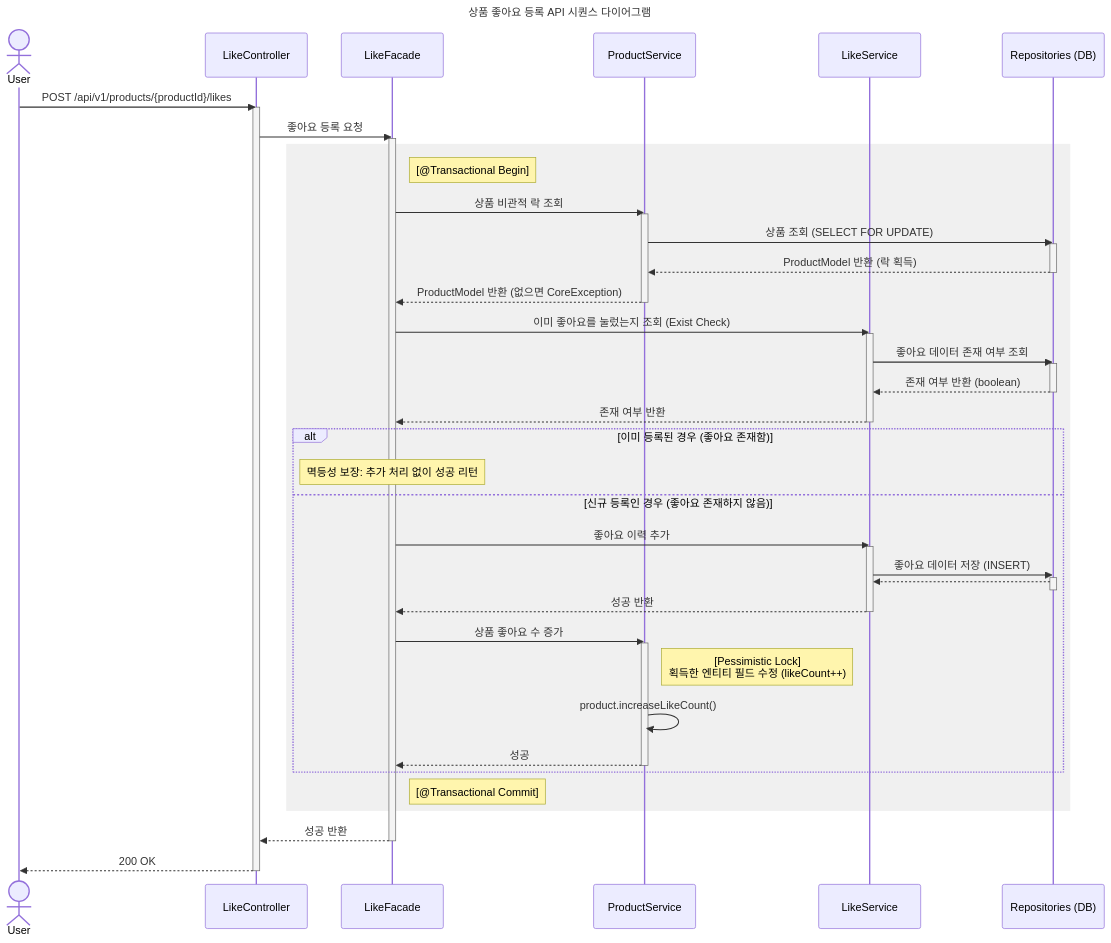
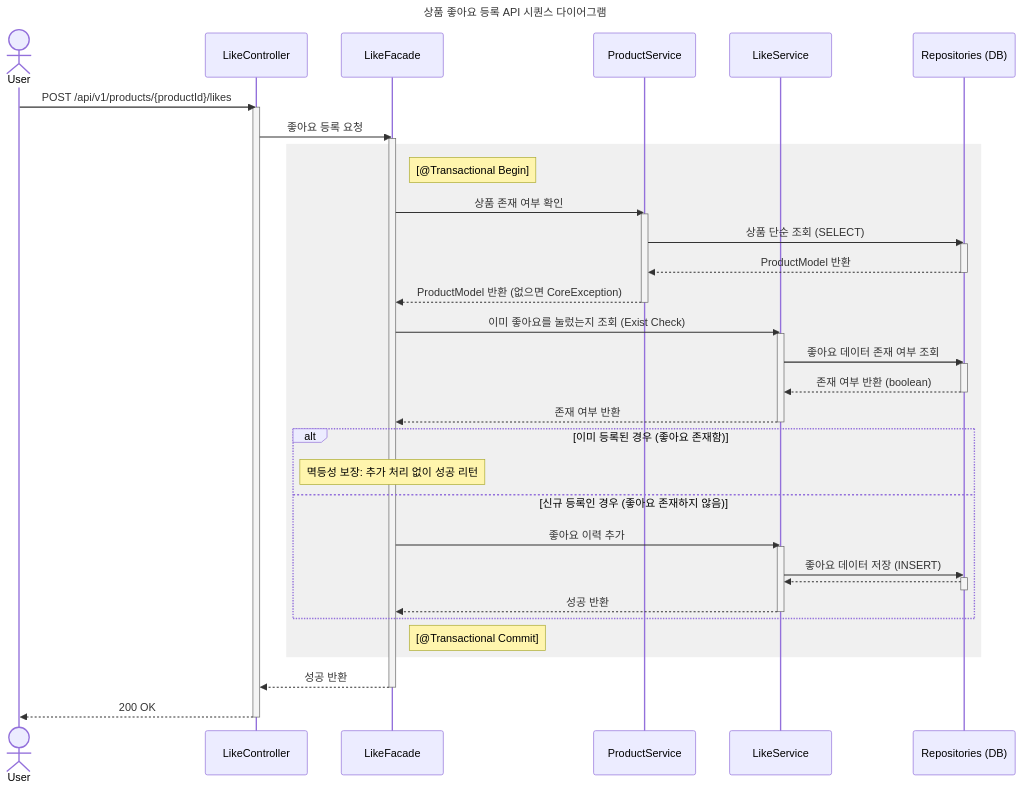
One commit to loopers-labs/loop-pack-be-l2-vol4-java changed the second of 4 diagrams in docs/week2/02-sequence-diagrams.md. Above: the diagram before and after it, drawn with Mermaid. The commit also changed other lines of this file and 3 other files, not shown here.

````diff
--- a/docs/week2/02-sequence-diagrams.md
+++ b/docs/week2/02-sequence-diagrams.md
@@ -195,66 +97,59 @@
 ```mermaid
 sequenceDiagram
     title 상품 좋아요 등록 API 시퀀스 다이어그램
     actor User
     participant Controller as LikeController
     participant Facade as LikeFacade
     participant ProductSvc as ProductService
     participant LikeSvc as LikeService
     participant Repo as Repositories (DB)
 
     User->>Controller: POST /api/v1/products/{productId}/likes
     activate Controller
 
     Controller->>Facade: 좋아요 등록 요청
     activate Facade
 
     rect rgb(240, 240, 240)
         Note right of Facade: [@Transactional Begin]
 
-        Facade->>ProductSvc: 상품 비관적 락 조회
+        Facade->>ProductSvc: 상품 존재 여부 확인
         activate ProductSvc
-        ProductSvc->>Repo: 상품 조회 (SELECT FOR UPDATE)
+        ProductSvc->>Repo: 상품 단순 조회 (SELECT)
         activate Repo
-        Repo-->>ProductSvc: ProductModel 반환 (락 획득)
+        Repo-->>ProductSvc: ProductModel 반환
         deactivate Repo
         ProductSvc-->>Facade: ProductModel 반환 (없으면 CoreException)
         deactivate ProductSvc
 
         Facade->>LikeSvc: 이미 좋아요를 눌렀는지 조회 (Exist Check)
         activate LikeSvc
         LikeSvc->>Repo: 좋아요 데이터 존재 여부 조회
         activate Repo
         Repo-->>LikeSvc: 존재 여부 반환 (boolean)
         deactivate Repo
         LikeSvc-->>Facade: 존재 여부 반환
         deactivate LikeSvc
 
         alt 이미 등록된 경우 (좋아요 존재함)
             Note over Facade: 멱등성 보장: 추가 처리 없이 성공 리턴
         else 신규 등록인 경우 (좋아요 존재하지 않음)
             Facade->>LikeSvc: 좋아요 이력 추가
             activate LikeSvc
             LikeSvc->>Repo: 좋아요 데이터 저장 (INSERT)
             activate Repo
             Repo-->>LikeSvc: 
             deactivate Repo
             LikeSvc-->>Facade: 성공 반환
             deactivate LikeSvc
-
-            Facade->>ProductSvc: 상품 좋아요 수 증가
-            activate ProductSvc
-            Note right of ProductSvc: [Pessimistic Lock]<br/>획득한 엔티티 필드 수정 (likeCount++)
-            ProductSvc->>ProductSvc: product.increaseLikeCount()
-            ProductSvc-->>Facade: 성공
-            deactivate ProductSvc
         end
 
         Note right of Facade: [@Transactional Commit]
     end
 
     Facade-->>Controller: 성공 반환
     deactivate Facade
 
     Controller-->>User: 200 OK
     deactivate Controller
 ```
````
